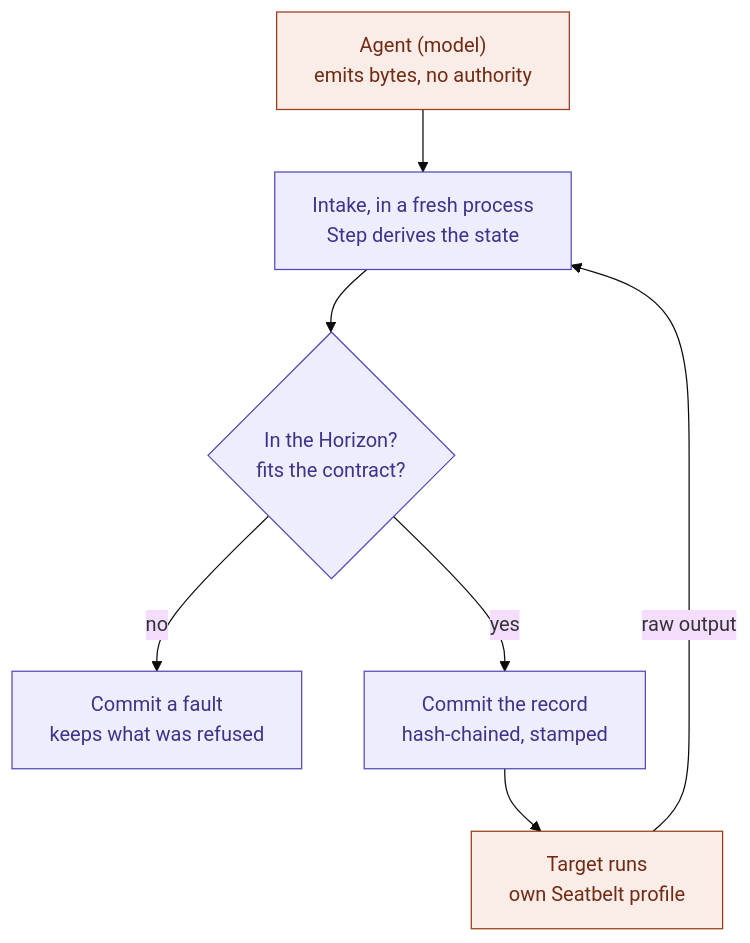
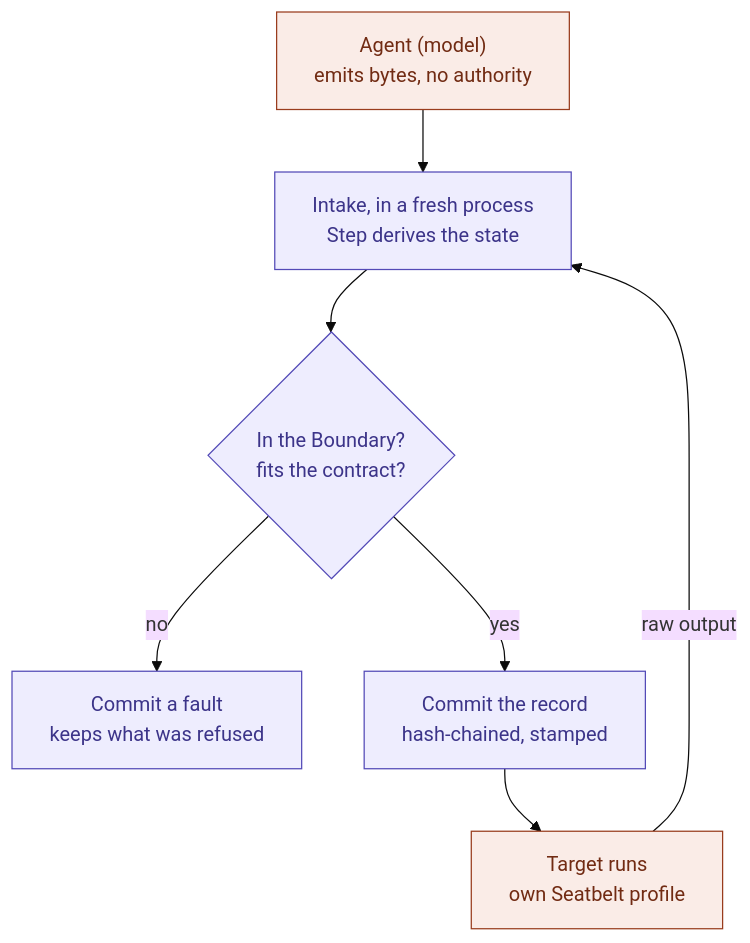
One commit to skyraOS/skyra changed the diagram in README.md. Above: the diagram before and after it, drawn with Mermaid (base theme). The commit also changed other lines of this file and 210 other files, not shown here.

First line of the commit message:
Rename Horizon to Boundary, trace to log, strand to trace, room to system

````diff
--- a/README.md
+++ b/README.md
@@ -154,13 +154,13 @@
 ```mermaid
 flowchart TD
     A["Agent (model)<br/>emits bytes, no authority"] --> I["Intake, in a fresh process<br/>Step derives the state"]
-    I --> H{"In the Horizon?<br/>fits the contract?"}
+    I --> H{"In the Boundary?<br/>fits the contract?"}
     H -- no --> F["Commit a fault<br/>keeps what was refused"]
     H -- yes --> C["Commit the record<br/>hash-chained, stamped"]
     C --> T["Target runs<br/>own Seatbelt profile"]
     T -- raw output --> I
     classDef untrusted fill:#FAECE7,stroke:#993C1D,color:#712B13
     classDef kernel fill:#EEEDFE,stroke:#534AB7,color:#3C3489
     class A,T untrusted
     class I,H,F,C kernel
 ```
````
